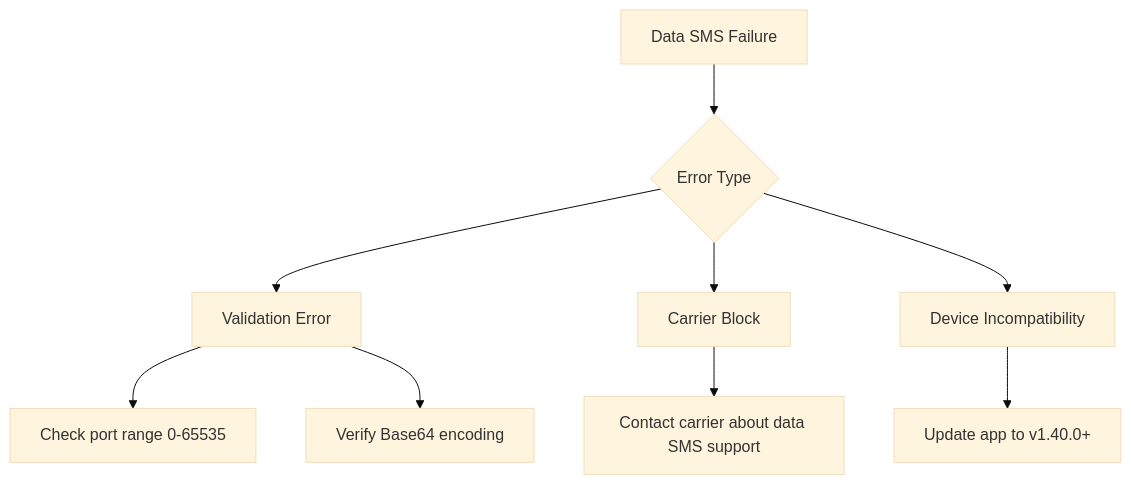
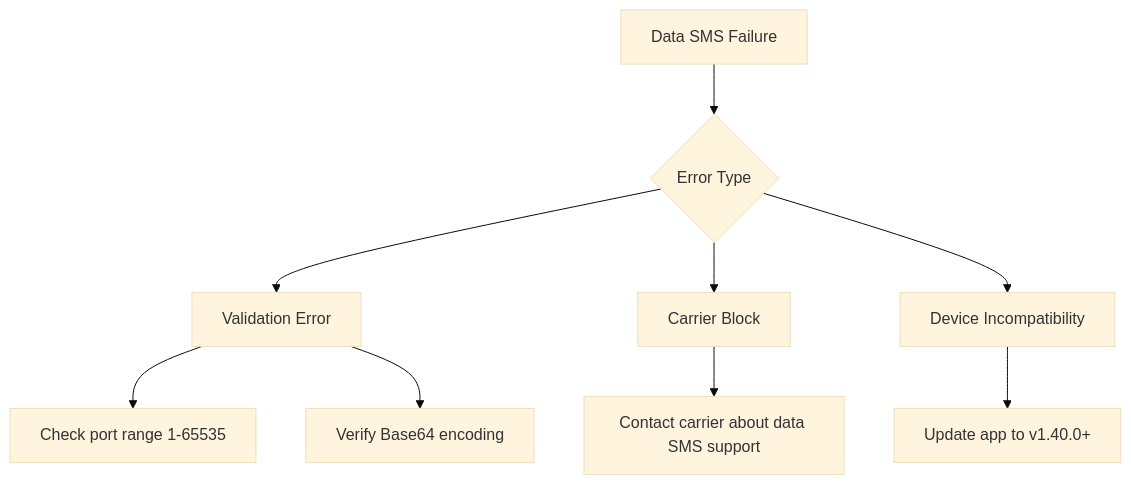
The second of 2 diagrams in docs/features/data-sms.md (android-sms-gateway/docs-web), drawn with Mermaid (base theme) before and after one commit. The commit also changed other lines of this file and 1 other file, not shown here.

````diff
--- a/docs/features/data-sms.md
+++ b/docs/features/data-sms.md
@@ -73,11 +73,11 @@
 ```mermaid
 graph TD
     A[Data SMS Failure] --> B{Error Type}
     B --> C[Validation Error]
     B --> D[Carrier Block]
     B --> E[Device Incompatibility]
-    C --> F[Check port range 0-65535]
+    C --> F[Check port range 1-65535]
     C --> G[Verify Base64 encoding]
     D --> H[Contact carrier about data SMS support]
     E --> I[Update app to v1.40.0+]
 ```
````
